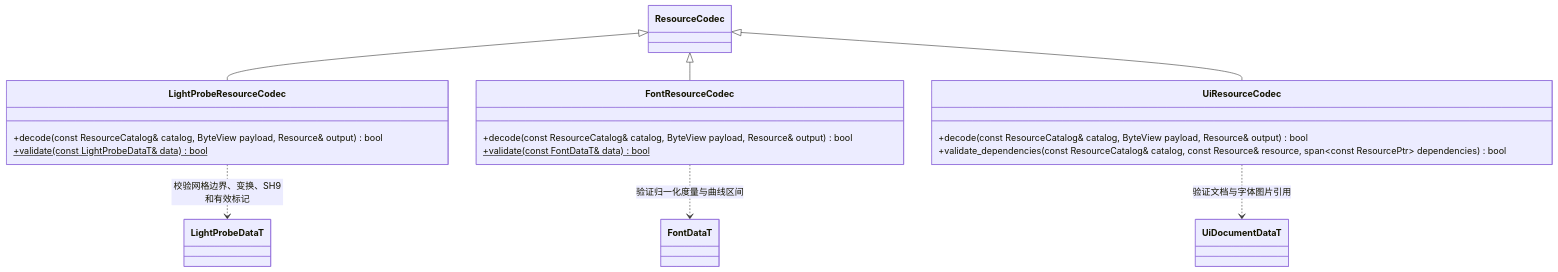
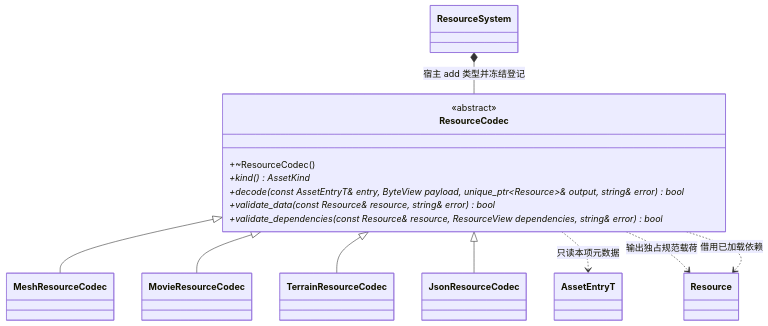
The first of 2 diagrams in docs/runtime/class-diagrams/resource-codecs.md (lcals/Engine), drawn with Mermaid before and after one commit. The commit also changed other lines of this file and 391 other files, not shown here.

````diff
--- a/docs/runtime/class-diagrams/resource-codecs.md
+++ b/docs/runtime/class-diagrams/resource-codecs.md
@@ -88,21 +9,26 @@
 ```mermaid
 classDiagram
-    class FontResourceCodec {
-        +decode(const ResourceCatalog& catalog, ByteView payload, Resource& output) bool
-        +validate(const FontDataT& data) bool$
+    class ResourceCodec {
+        <<abstract>>
+        +~ResourceCodec()
+        +kind() AssetKind*
+        +decode(const AssetEntryT& entry, ByteView payload, unique_ptr~Resource~& output, string& error) bool*
+        +validate_data(const Resource& resource, string& error) bool*
+        +validate_dependencies(const Resource& resource, ResourceView dependencies, string& error) bool*
     }
-    class UiResourceCodec {
-        +decode(const ResourceCatalog& catalog, ByteView payload, Resource& output) bool
-        +validate_dependencies(const ResourceCatalog& catalog, const Resource& resource, span~const ResourcePtr~ dependencies) bool
-    }
-    class LightProbeResourceCodec {
-        +decode(const ResourceCatalog& catalog, ByteView payload, Resource& output) bool
-        +validate(const LightProbeDataT& data) bool$
-    }
-    ResourceCodec <|-- LightProbeResourceCodec
-    LightProbeResourceCodec ..> LightProbeDataT : 校验网格边界、变换、SH9和有效标记
-    ResourceCodec <|-- FontResourceCodec
-    ResourceCodec <|-- UiResourceCodec
-    FontResourceCodec ..> FontDataT : 验证归一化度量与曲线区间
-    UiResourceCodec ..> UiDocumentDataT : 验证文档与字体图片引用
+    class MeshResourceCodec
+    class MovieResourceCodec
+    class TerrainResourceCodec
+    class JsonResourceCodec
+    class ResourceSystem
+    class Resource
+    class AssetEntryT
+    ResourceCodec <|-- MeshResourceCodec
+    ResourceCodec <|-- MovieResourceCodec
+    ResourceCodec <|-- TerrainResourceCodec
+    ResourceCodec <|-- JsonResourceCodec
+    ResourceSystem *-- ResourceCodec : 宿主 add 类型并冻结登记
+    ResourceCodec ..> AssetEntryT : 只读本项元数据
+    ResourceCodec ..> Resource : 输出独占规范载荷
+    ResourceCodec ..> Resource : 借用已加载依赖
 ```
````
